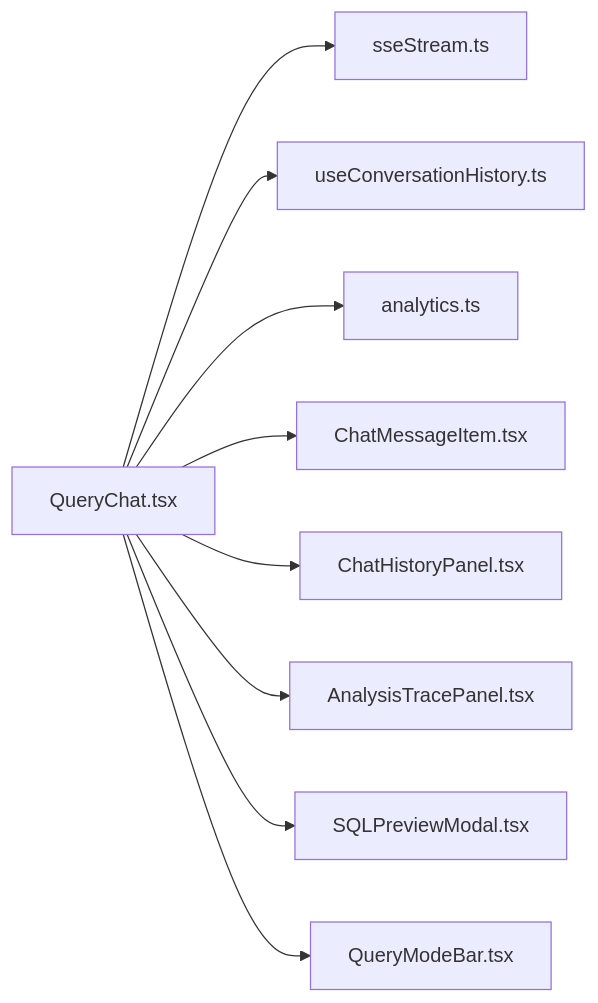
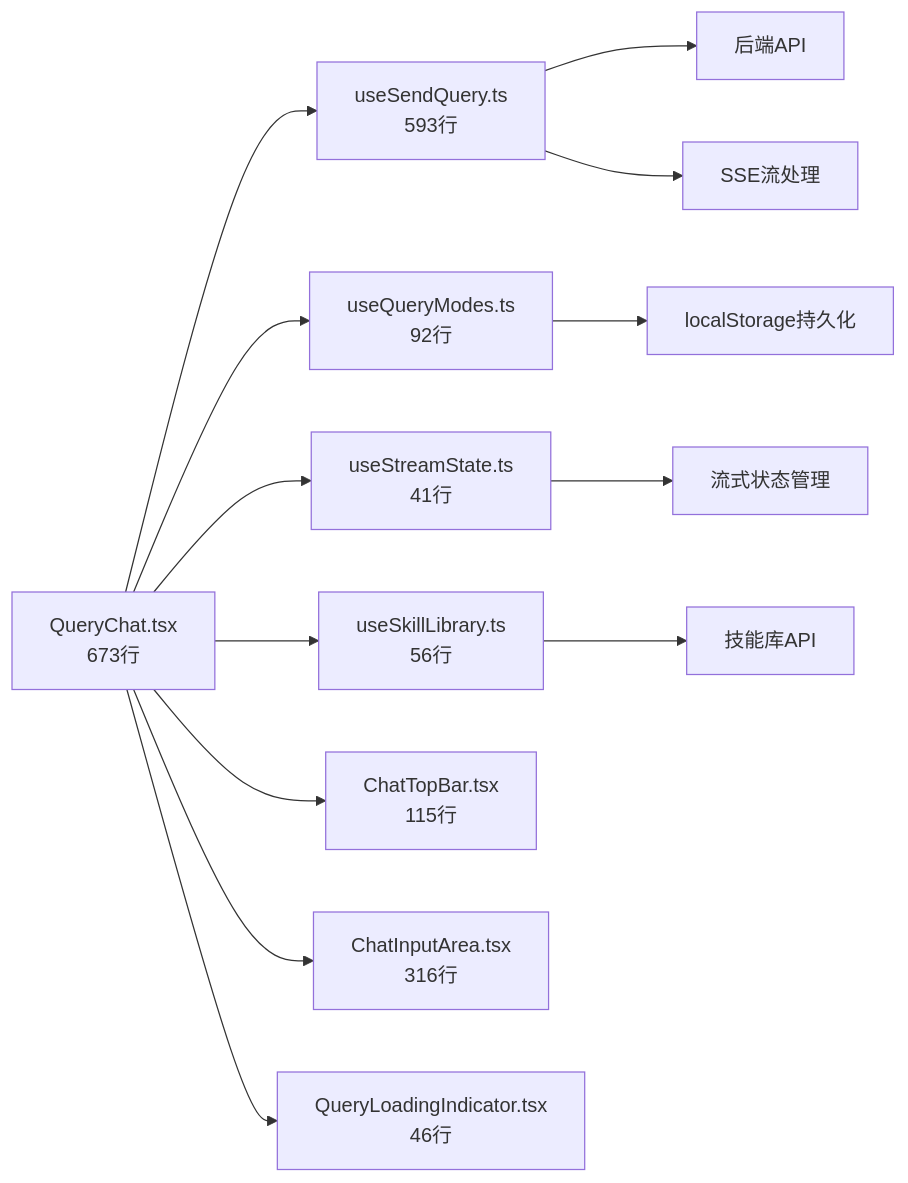
The fifth of 5 diagrams in .qoder/repowiki/zh/content/前端应用/核心组件库/查询聊天组件.md (dgjin/smart-data-analytics), drawn with Mermaid before and after one commit. The commit also changed other lines of this file and 146 other files, not shown here.

````diff
--- a/.qoder/repowiki/zh/content/前端应用/核心组件库/查询聊天组件.md
+++ b/.qoder/repowiki/zh/content/前端应用/核心组件库/查询聊天组件.md
@@ -318,11 +450,15 @@
 ```mermaid
 graph LR
-QC["QueryChat.tsx"] --> SS["sseStream.ts"]
-QC --> CH["useConversationHistory.ts"]
-QC --> T["analytics.ts"]
-QC --> MI["ChatMessageItem.tsx"]
-QC --> HP["ChatHistoryPanel.tsx"]
-QC --> TP["AnalysisTracePanel.tsx"]
-QC --> SM["SQLPreviewModal.tsx"]
-QC --> MB["QueryModeBar.tsx"]
+QC["QueryChat.tsx<br/>673行"] --> USQ["useSendQuery.ts<br/>593行"]
+QC --> UQM["useQueryModes.ts<br/>92行"]
+QC --> USS["useStreamState.ts<br/>41行"]
+QC --> USK["useSkillLibrary.ts<br/>56行"]
+QC --> CTB["ChatTopBar.tsx<br/>115行"]
+QC --> CIA["ChatInputArea.tsx<br/>316行"]
+QC --> QLI["QueryLoadingIndicator.tsx<br/>46行"]
+USQ --> API["后端API"]
+USQ --> SSE["SSE流处理"]
+UQM --> LS["localStorage持久化"]
+USS --> STATE["流式状态管理"]
+USK --> SKILLS["技能库API"]
 ```
````
